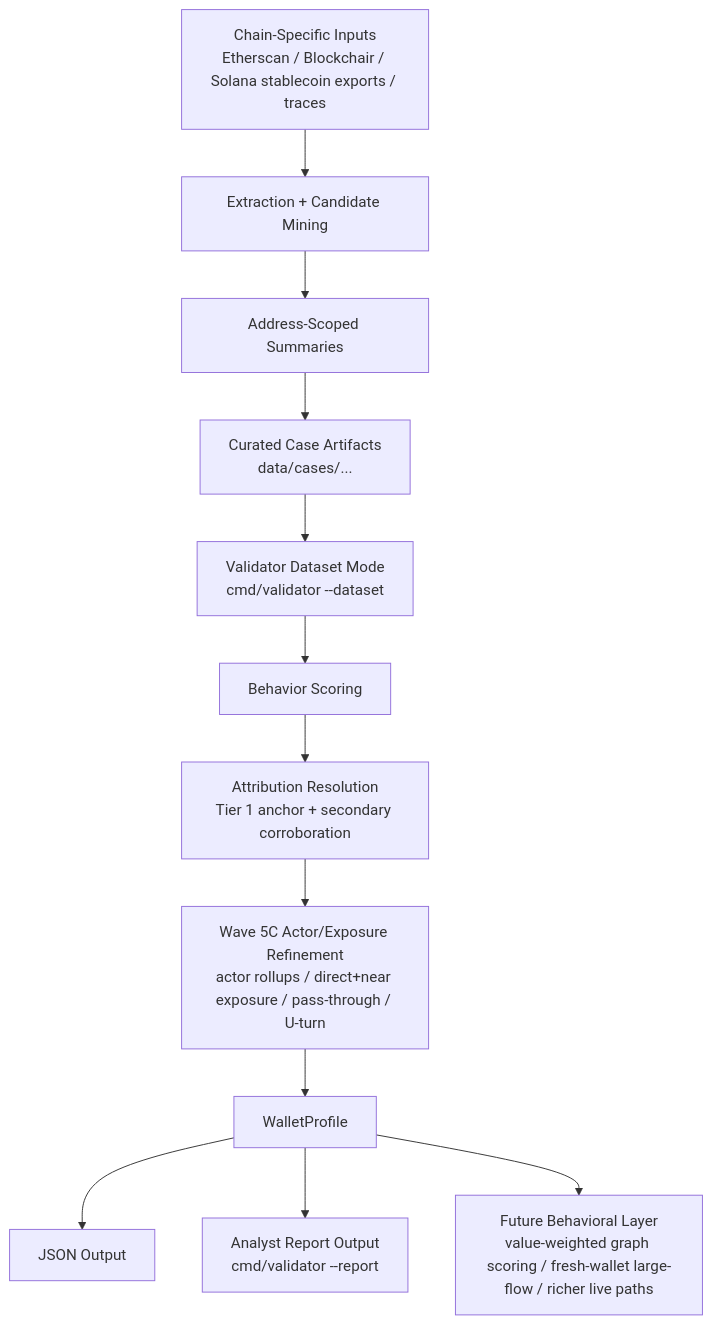
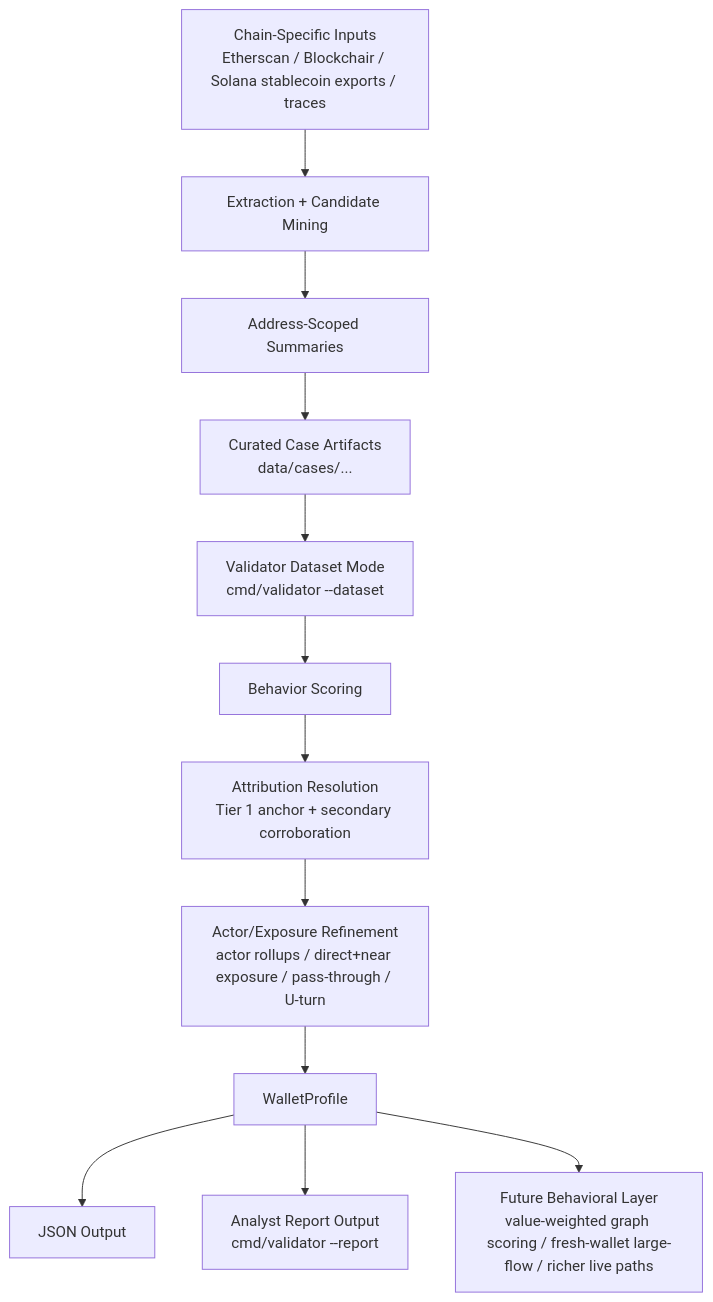
The second of 2 diagrams in ARCHITECTURE.md (piyushdaiya/crypto-profiler), drawn with Mermaid before and after one commit. The commit also changed other lines of this file and 10 other files, not shown here.

````diff
--- a/ARCHITECTURE.md
+++ b/ARCHITECTURE.md
@@ -148,14 +148,14 @@
 ```mermaid
 flowchart TD
     A["Chain-Specific Inputs<br/>Etherscan / Blockchair / Solana stablecoin exports / traces"] --> B["Extraction + Candidate Mining"]
     B --> C["Address-Scoped Summaries"]
     C --> D["Curated Case Artifacts<br/>data/cases/..."]
     D --> E["Validator Dataset Mode<br/>cmd/validator --dataset"]
     E --> F["Behavior Scoring"]
     F --> G["Attribution Resolution<br/>Tier 1 anchor + secondary corroboration"]
-    G --> H["Wave 5C Actor/Exposure Refinement<br/>actor rollups / direct+near exposure / pass-through / U-turn"]
+    G --> H["Actor/Exposure Refinement<br/>actor rollups / direct+near exposure / pass-through / U-turn"]
     H --> I["WalletProfile"]
     I --> J["JSON Output"]
     I --> K["Analyst Report Output<br/>cmd/validator --report"]
     I --> L["Future Behavioral Layer<br/>value-weighted graph scoring / fresh-wallet large-flow / richer live paths"]
 ```
````
